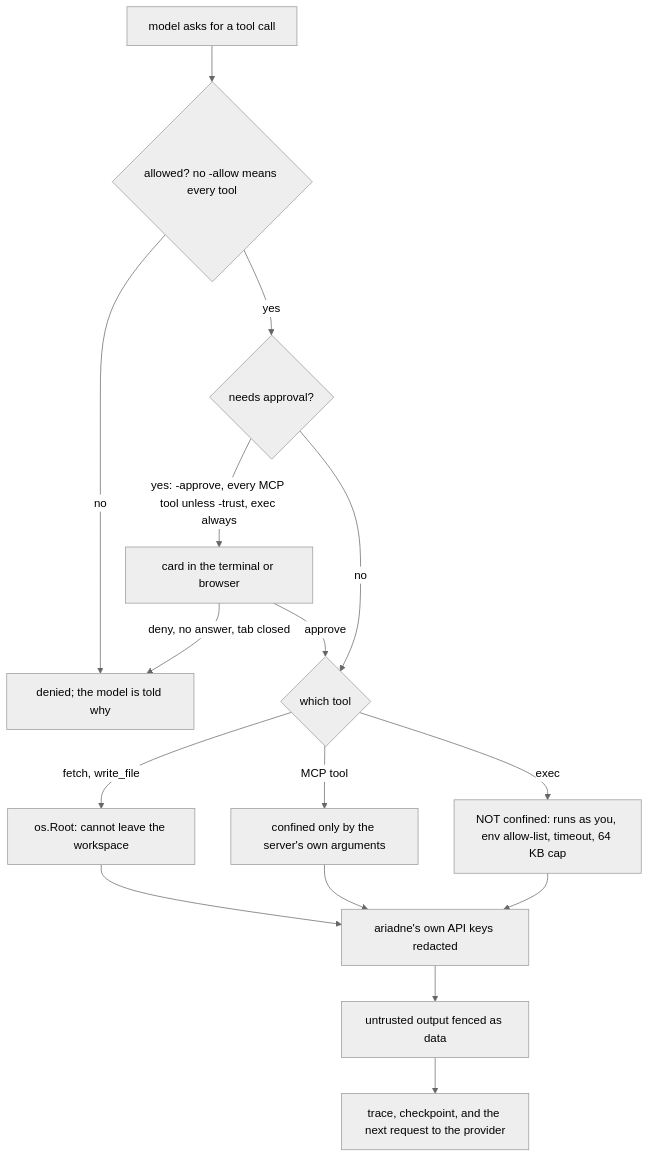
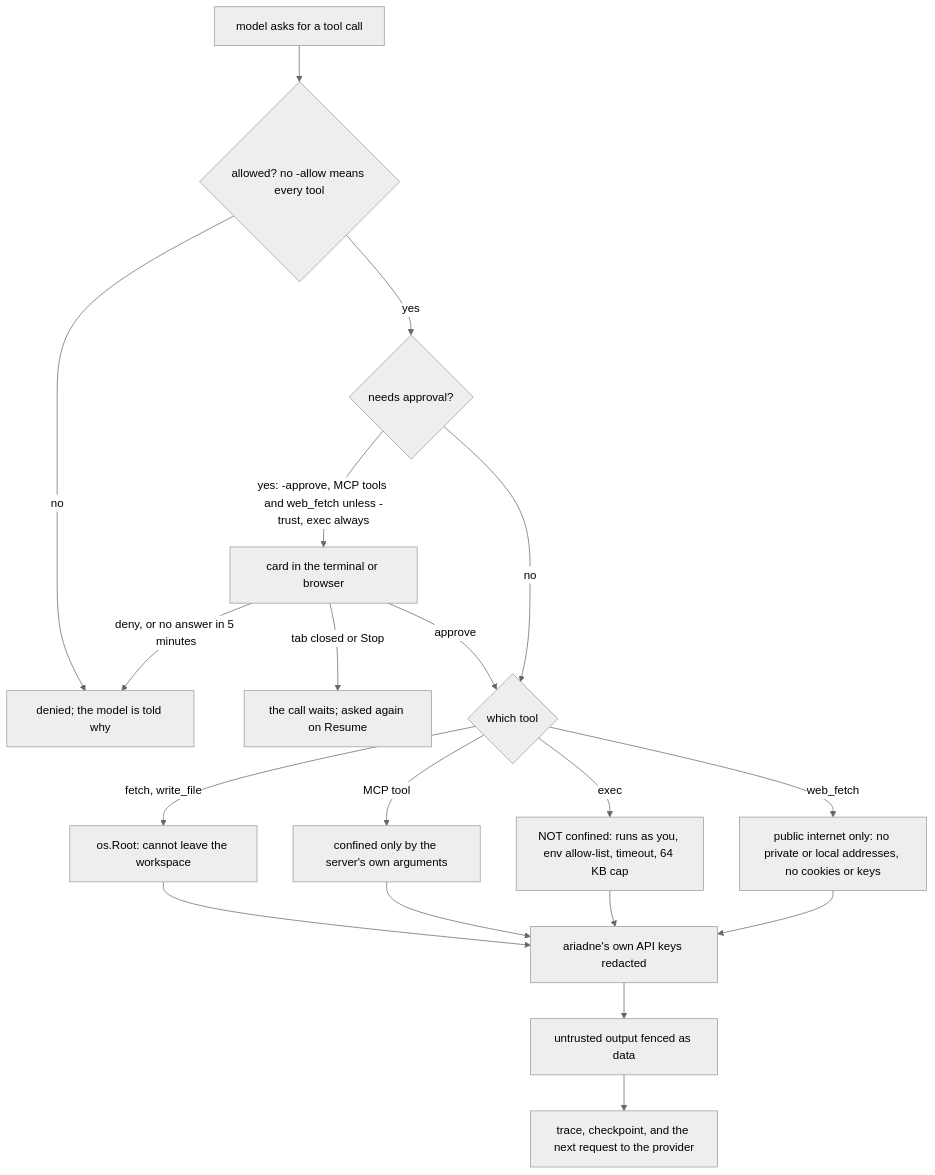
Before and after one commit to ginko97/ariadne: the second of 2 diagrams in README.md, drawn with Mermaid (neutral theme). The commit also changed other lines of this file and 6 other files, not shown here.

````diff
--- a/README.md
+++ b/README.md
@@ -229,18 +231,21 @@
 ```mermaid
 flowchart TD
     M["model asks for a tool call"] --> A{"allowed? no -allow means every tool"}
     A -- no --> D["denied; the model is told why"]
     A -- yes --> G{"needs approval?"}
-    G -- "yes: -approve, every MCP tool unless -trust, exec always" --> P["card in the terminal or browser"]
-    P -- "deny, no answer, tab closed" --> D
+    G -- "yes: -approve, MCP tools and web_fetch unless -trust, exec always" --> P["card in the terminal or browser"]
+    P -- "deny, or no answer in 5 minutes" --> D
+    P -- "tab closed or Stop" --> WAIT["the call waits; asked again on Resume"]
     P -- approve --> T{"which tool"}
     G -- no --> T
     T -- "fetch, write_file" --> R["os.Root: cannot leave the workspace"]
     T -- "MCP tool" --> S["confined only by the server's own arguments"]
     T -- exec --> X["NOT confined: runs as you, env allow-list, timeout, 64 KB cap"]
+    T -- web_fetch --> W["public internet only: no private or local addresses, no cookies or keys"]
     R --> RD["ariadne's own API keys redacted"]
     S --> RD
     X --> RD
+    W --> RD
     RD --> F["untrusted output fenced as data"]
     F --> OUT["trace, checkpoint, and the next request to the provider"]
 ```
````
